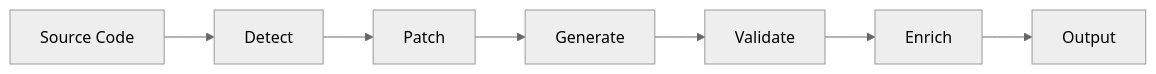
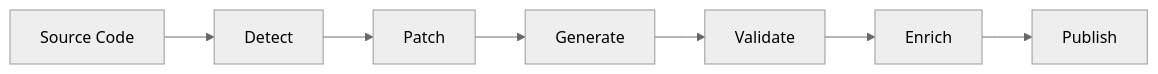
The diagram in README.md (spencercjh/spec-forge), drawn with Mermaid (neutral theme) before and after one commit. The commit also changed other lines of this file and 2 other files, not shown here.

````diff
--- a/README.md
+++ b/README.md
@@ -84,9 +17,9 @@
 ```mermaid
 flowchart LR
     A[Source Code] --> B[Detect]
     B --> C[Patch]
     C --> D[Generate]
     D --> E[Validate]
     E --> F[Enrich]
-    F --> G[Output]
+    F --> G[Publish]
 ```
````
